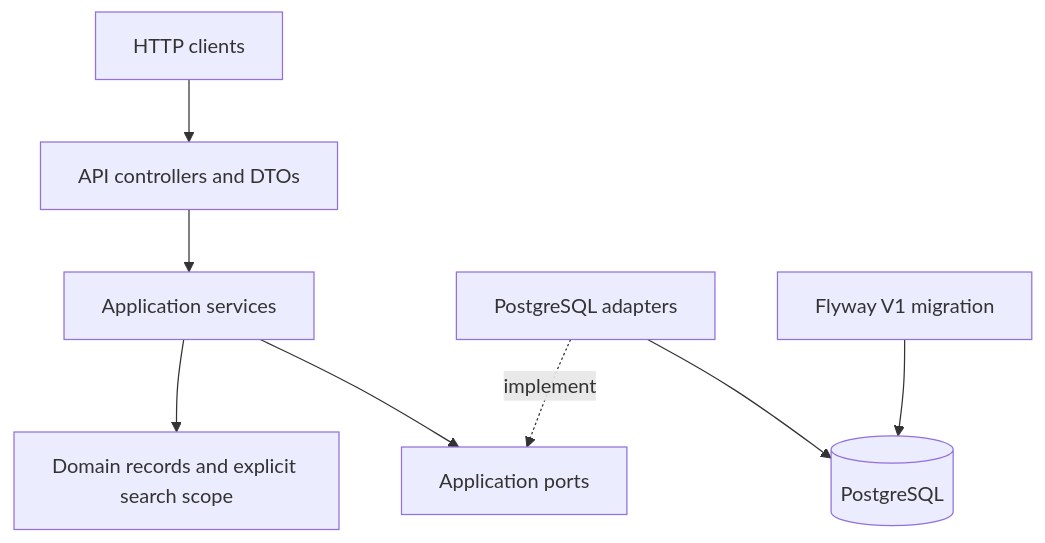
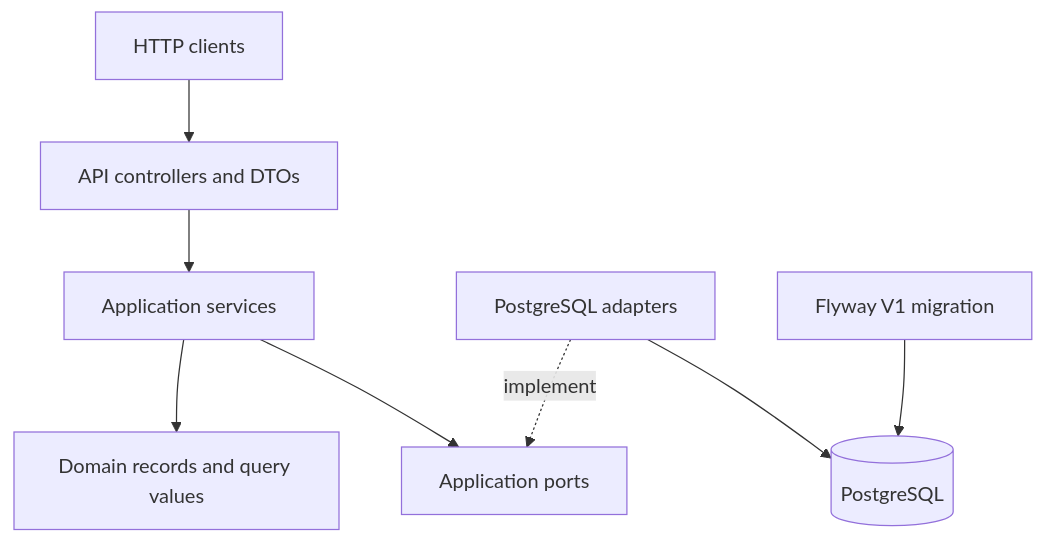
Before and after one commit to novovandrey/nevis-search-service: the first of 2 diagrams in docs/ARCHITECTURE.md, drawn with Mermaid. The commit also changed other lines of this file and 18 other files, not shown here.

````diff
--- a/docs/ARCHITECTURE.md
+++ b/docs/ARCHITECTURE.md
@@ -49,10 +50,10 @@
 ```mermaid
 flowchart TB
     HTTP["HTTP clients"] --> API["API controllers and DTOs"]
     API --> APP["Application services"]
-    APP --> DOMAIN["Domain records and explicit search scope"]
+    APP --> DOMAIN["Domain records and query values"]
     APP --> PORTS["Application ports"]
     PGADAPTERS["PostgreSQL adapters"] -. "implement" .-> PORTS
     PGADAPTERS --> PG[("PostgreSQL")]
     FLYWAY["Flyway V1 migration"] --> PG
 ```
````
